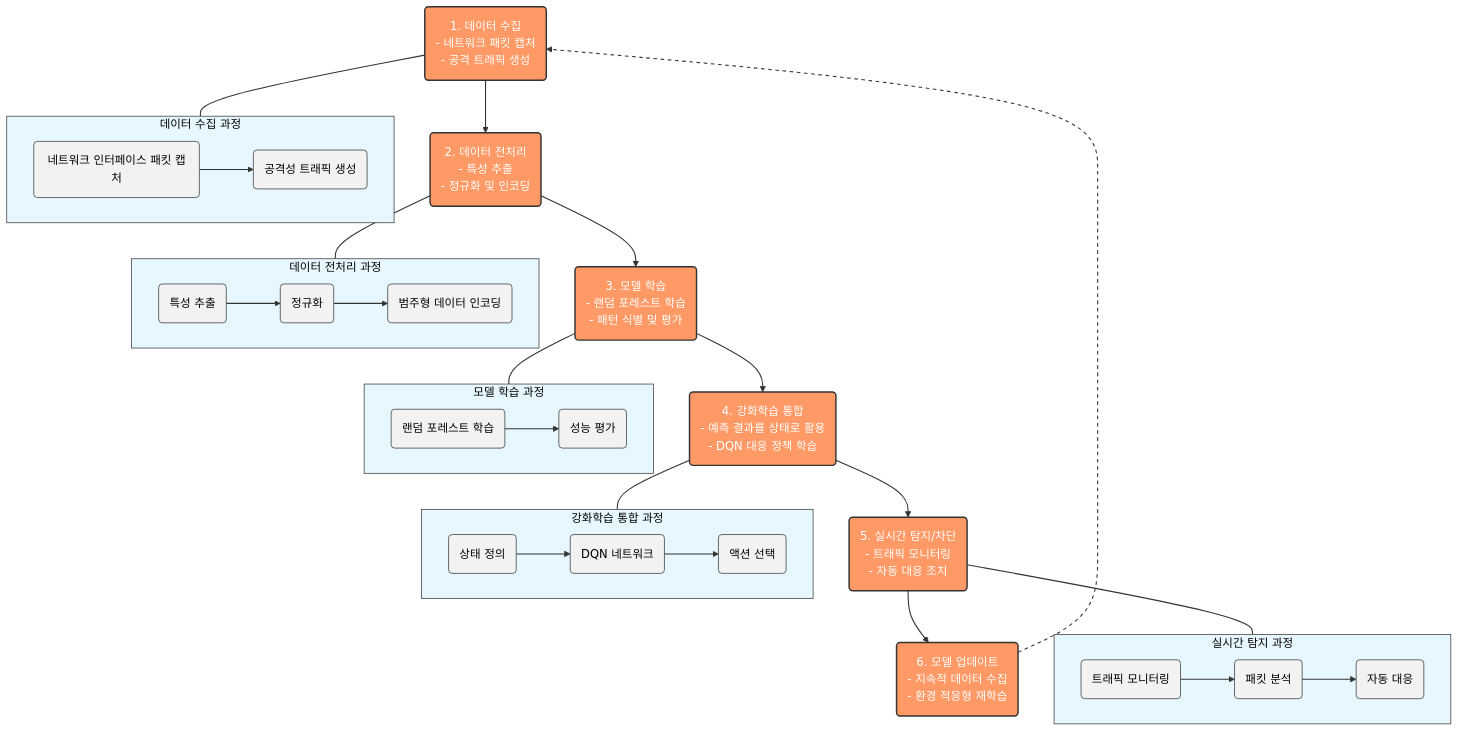
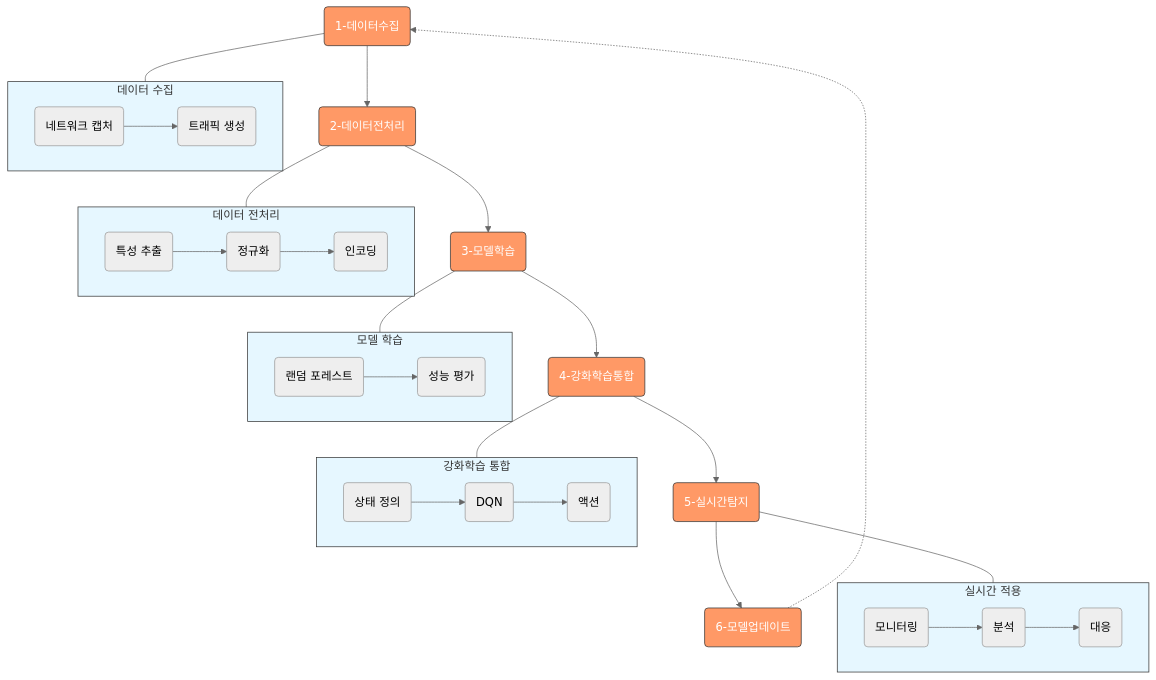
The first of 4 diagrams in README.md (Es5724/Intrusion_DetectionSystem_AIagent), drawn with Mermaid (neutral theme) before and after one commit.

````diff
--- a/README.md
+++ b/README.md
@@ -98,78 +98,52 @@
 ```mermaid
-flowchart TB
-    %% 주요 단계 정의
-    step1("1. 데이터 수집<br>- 네트워크 패킷 캡처<br>- 공격 트래픽 생성")
-    step2("2. 데이터 전처리<br>- 특성 추출<br>- 정규화 및 인코딩")
-    step3("3. 모델 학습<br>- 랜덤 포레스트 학습<br>- 패턴 식별 및 평가")
-    step4("4. 강화학습 통합<br>- 예측 결과를 상태로 활용<br>- DQN 대응 정책 학습")
-    step5("5. 실시간 탐지/차단<br>- 트래픽 모니터링<br>- 자동 대응 조치")
-    step6("6. 모델 업데이트<br>- 지속적 데이터 수집<br>- 환경 적응형 재학습")
+graph TB
+    %% 단순한 단계 정의
+    s1(1-데이터수집) --> s2(2-데이터전처리)
+    s2 --> s3(3-모델학습)
+    s3 --> s4(4-강화학습통합)
+    s4 --> s5(5-실시간탐지)
+    s5 --> s6(6-모델업데이트)
+    s6 -.-> s1
     
-    %% 단계별 연결
-    step1 --> step2 --> step3 --> step4 --> step5 --> step6
-    step6 -.-> step1
-    
-    %% 각 단계의 세부 과정
-    subgraph collection["데이터 수집 과정"]
-        direction LR
-        interface("네트워크 인터페이스 패킷 캡처") --> generator("공격성 트래픽 생성")
+    %% 세부 과정
+    subgraph 수집[데이터 수집]
+        i1(네트워크 캡처) --> i2(트래픽 생성)
     end
     
-    subgraph preprocessing["데이터 전처리 과정"]
-        direction LR
-        extract("특성 추출") --> normalize("정규화") --> encode("범주형 데이터 인코딩")
+    subgraph 전처리[데이터 전처리]
+        p1(특성 추출) --> p2(정규화) --> p3(인코딩)
     end
     
-    subgraph training["모델 학습 과정"]
-        direction LR
-        rf("랜덤 포레스트 학습") --> evaluate("성능 평가")
+    subgraph 학습[모델 학습]
+        m1(랜덤 포레스트) --> m2(성능 평가)
     end
     
-    subgraph rl_integration["강화학습 통합 과정"]
-        direction LR
-        state("상태 정의") --> dqn("DQN 네트워크") --> action("액션 선택")
+    subgraph 통합[강화학습 통합]
+        r1(상태 정의) --> r2(DQN) --> r3(액션)
     end
     
-    subgraph detection["실시간 탐지 과정"]
-        direction LR
-        monitor("트래픽 모니터링") --> analyze("패킷 분석") --> respond("자동 대응")
+    subgraph 적용[실시간 적용]
+        a1(모니터링) --> a2(분석) --> a3(대응)
     end
     
-    %% 단계와 세부 과정 연결
-    step1 --- collection
-    step2 --- preprocessing
-    step3 --- training
-    step4 --- rl_integration
-    step5 --- detection
+    %% 연결
+    s1 --- 수집
+    s2 --- 전처리
+    s3 --- 학습
+    s4 --- 통합
+    s5 --- 적용
     
-    %% 스타일 정의
-    style step1 fill:#f96,stroke:#333,stroke-width:2px,color:white
-    style step2 fill:#f96,stroke:#333,stroke-width:2px,color:white
-    style step3 fill:#f96,stroke:#333,stroke-width:2px,color:white
-    style step4 fill:#f96,stroke:#333,stroke-width:2px,color:white
-    style step5 fill:#f96,stroke:#333,stroke-width:2px,color:white
-    style step6 fill:#f96,stroke:#333,stroke-width:2px,color:white
+    %% 스타일
+    style s1 fill:#f96,color:white,stroke:#333
+    style s2 fill:#f96,color:white,stroke:#333
+    style s3 fill:#f96,color:white,stroke:#333
+    style s4 fill:#f96,color:white,stroke:#333
+    style s5 fill:#f96,color:white,stroke:#333
+    style s6 fill:#f96,color:white,stroke:#333
     
-    style collection fill:#e6f7ff,stroke:#333,stroke-width:1px,color:black
-    style preprocessing fill:#e6f7ff,stroke:#333,stroke-width:1px,color:black
-    style training fill:#e6f7ff,stroke:#333,stroke-width:1px,color:black
-    style rl_integration fill:#e6f7ff,stroke:#333,stroke-width:1px,color:black
-    style detection fill:#e6f7ff,stroke:#333,stroke-width:1px,color:black
-    
-    style interface fill:#f2f2f2,stroke:#333,stroke-width:1px,color:black
-    style generator fill:#f2f2f2,stroke:#333,stroke-width:1px,color:black
-    style extract fill:#f2f2f2,stroke:#333,stroke-width:1px,color:black
-    style normalize fill:#f2f2f2,stroke:#333,stroke-width:1px,color:black
-    style encode fill:#f2f2f2,stroke:#333,stroke-width:1px,color:black
-    style rf fill:#f2f2f2,stroke:#333,stroke-width:1px,color:black
-    style evaluate fill:#f2f2f2,stroke:#333,stroke-width:1px,color:black
-    style state fill:#f2f2f2,stroke:#333,stroke-width:1px,color:black
-    style dqn fill:#f2f2f2,stroke:#333,stroke-width:1px,color:black
-    style action fill:#f2f2f2,stroke:#333,stroke-width:1px,color:black
-    style monitor fill:#f2f2f2,stroke:#333,stroke-width:1px,color:black
-    style analyze fill:#f2f2f2,stroke:#333,stroke-width:1px,color:black
-    style respond fill:#f2f2f2,stroke:#333,stroke-width:1px,color:black
-    
-    linkStyle default stroke:#333,stroke-width:1.5px
-    linkStyle 5 stroke:#333,stroke-width:1.5px,stroke-dasharray:5
+    style 수집 fill:#e6f7ff,stroke:#333
+    style 전처리 fill:#e6f7ff,stroke:#333
+    style 학습 fill:#e6f7ff,stroke:#333
+    style 통합 fill:#e6f7ff,stroke:#333
+    style 적용 fill:#e6f7ff,stroke:#333
 ```
````
